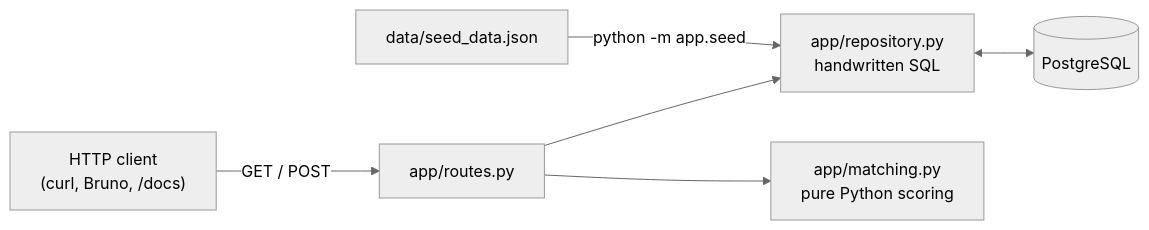
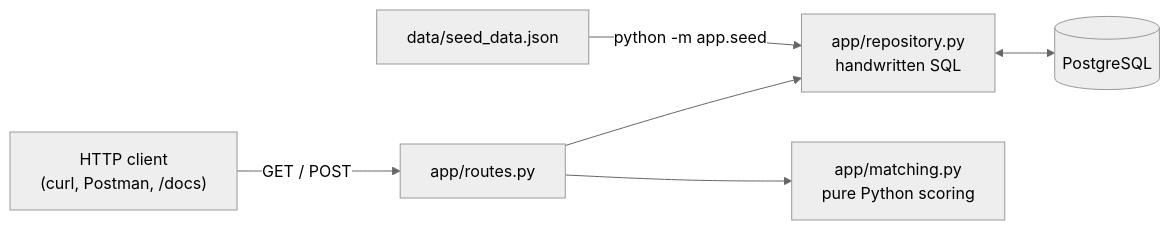
One commit to Kr1szz/RecruiterFlow changed the first of 4 diagrams in docs/HOW_IT_WORKS.md. Above: the diagram before and after it, drawn with Mermaid (neutral theme). The commit also changed other lines of this file and 5 other files, not shown here.

First line of the commit message:
refactor: clearer schema names and doc touch-ups

````diff
--- a/docs/HOW_IT_WORKS.md
+++ b/docs/HOW_IT_WORKS.md
@@ -9,8 +9,8 @@
 ```mermaid
 flowchart LR
     seed["data/seed_data.json"] -->|python -m app.seed| repo
-    client["HTTP client<br/>(curl, Bruno, /docs)"] -->|GET / POST| routes["app/routes.py"]
+    client["HTTP client<br/>(curl, Postman, /docs)"] -->|GET / POST| routes["app/routes.py"]
     routes --> repo["app/repository.py<br/>handwritten SQL"]
     repo <--> db[("PostgreSQL")]
     routes --> matching["app/matching.py<br/>pure Python scoring"]
 ```
````
